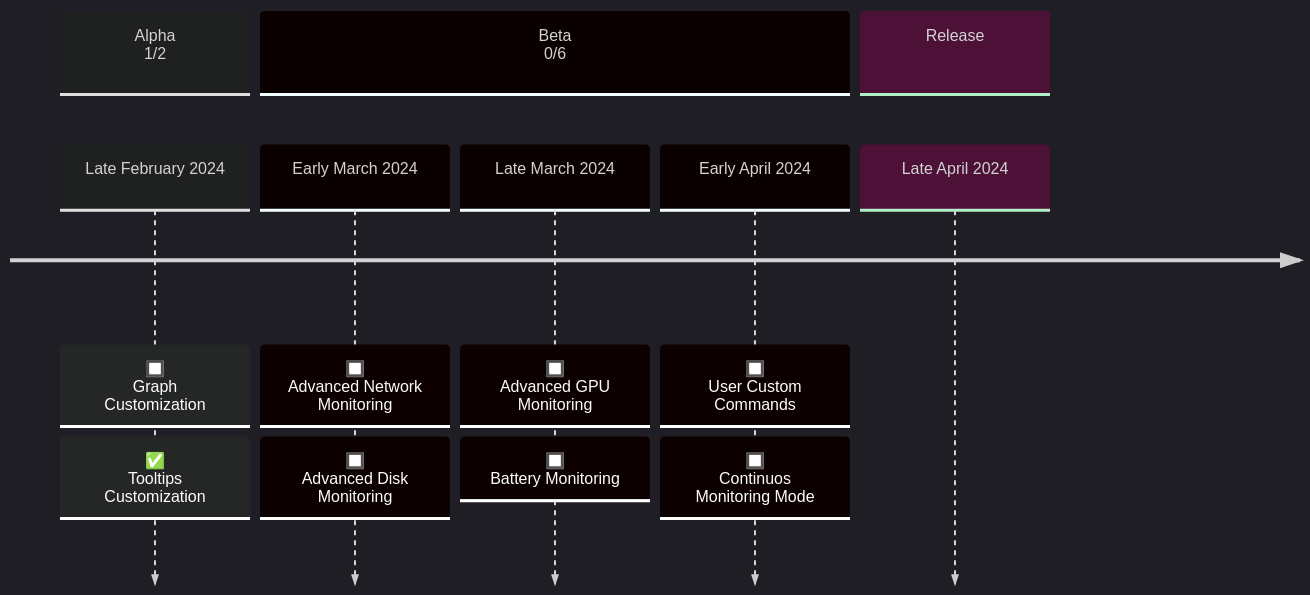
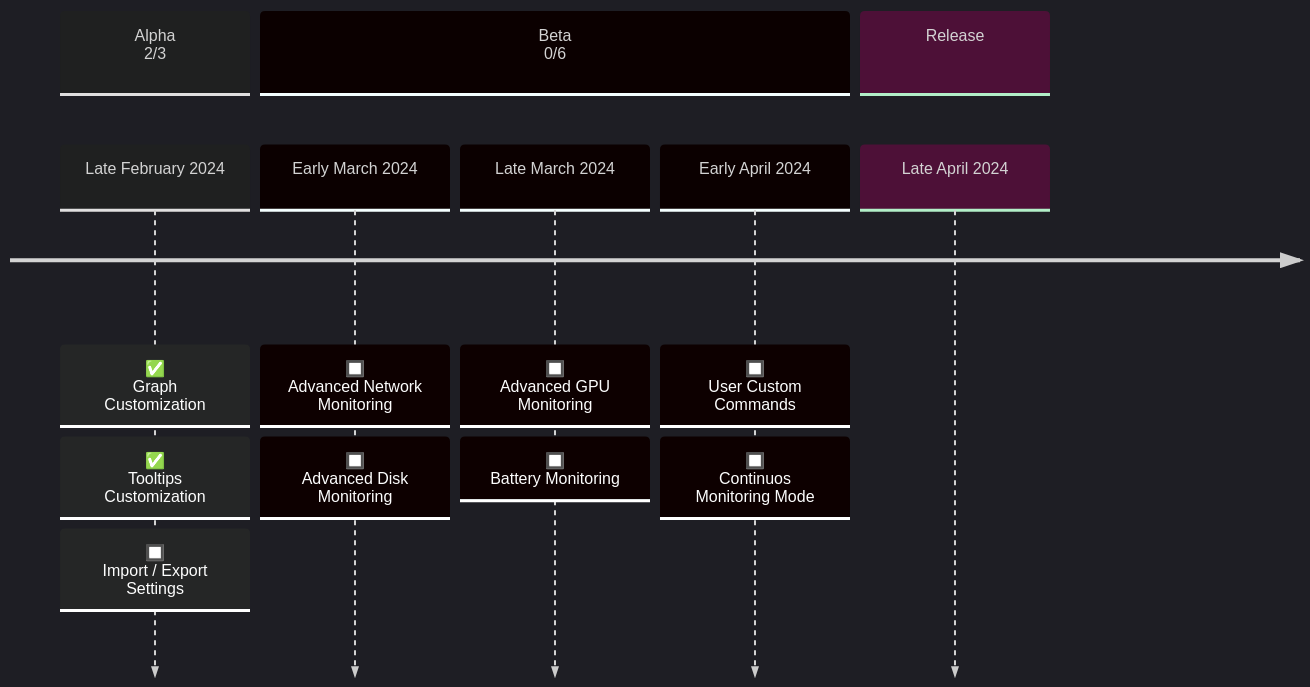
Before and after one commit to AstraExt/astra-monitor: the diagram in README.md, drawn with Mermaid. The commit also changed 18 other files, not shown here.

````diff
--- a/README.md
+++ b/README.md
@@ -61,12 +61,12 @@
 ```mermaid
 %%{init: { 'theme': 'dark' } }%%
 timeline
-  section Alpha<br>1/2
-    Late February 2024: 🔲<br>Graph Customization: ✅<br>Tooltips Customization
+  section Alpha<br>2/3
+    Late February 2024: ✅<br>Graph Customization : ✅<br>Tooltips Customization : 🔲<br>Import / Export Settings
   section Beta<br>0/6
-    Early March 2024: 🔲<br>Advanced Network Monitoring: 🔲<br>Advanced Disk Monitoring
-    Late March 2024: 🔲<br>Advanced GPU Monitoring: 🔲<br>Battery Monitoring
-    Early April 2024: 🔲<br>User Custom Commands: 🔲<br>Continuos Monitoring Mode
+    Early March 2024: 🔲<br>Advanced Network Monitoring : 🔲<br>Advanced Disk Monitoring
+    Late March 2024: 🔲<br>Advanced GPU Monitoring : 🔲<br>Battery Monitoring
+    Early April 2024: 🔲<br>User Custom Commands : 🔲<br>Continuos Monitoring Mode
   section Release
     Late April 2024
 ```
````
